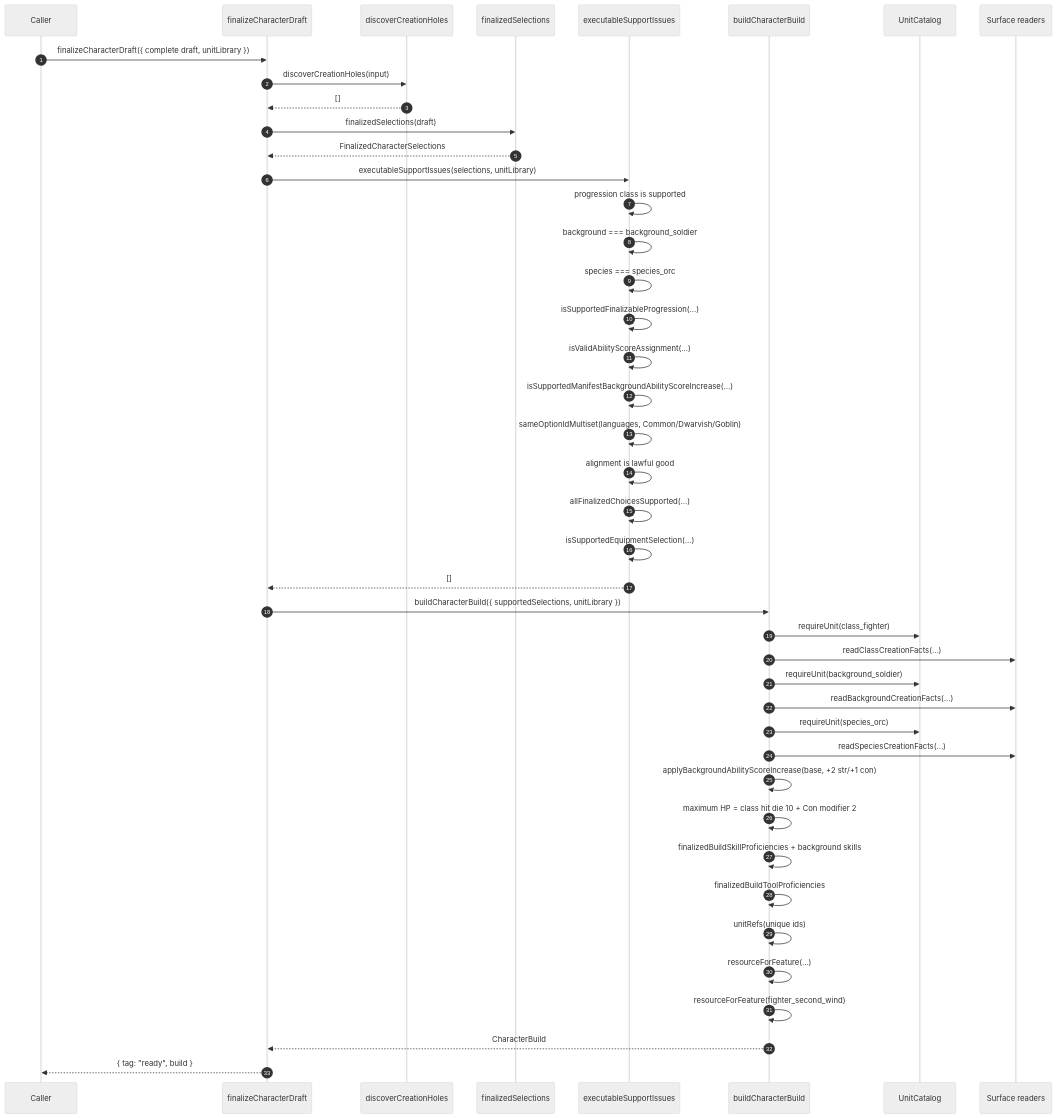
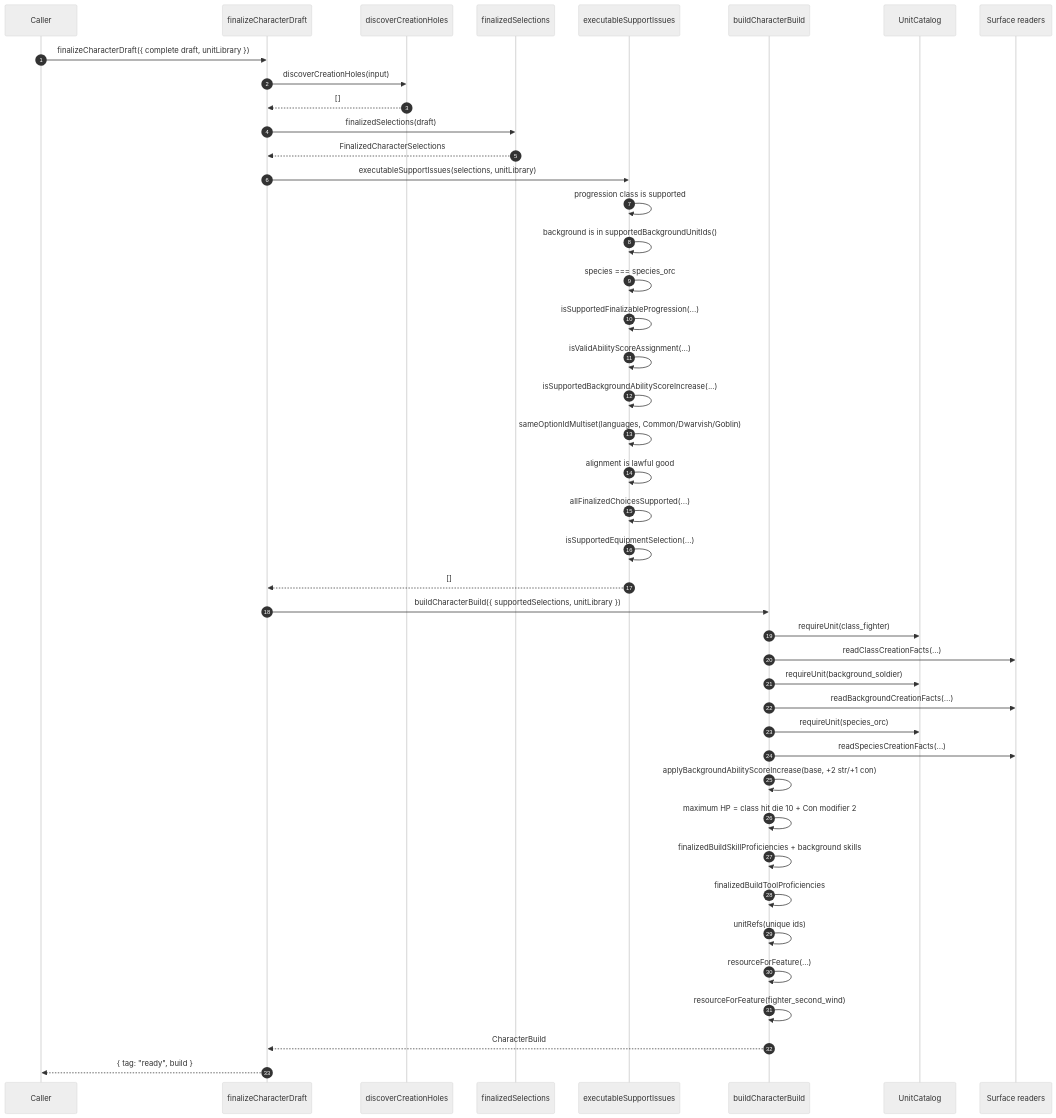
One commit to dearlordylord/5e-quint changed the ninth of 10 diagrams in packages/character-creation-runtime/EXPLANATORY_TIME_DIAGRAM.md. Above: the diagram before and after it, drawn with Mermaid (neutral theme). The commit also changed other lines of this file and 15 other files, not shown here.

````diff
--- a/packages/character-creation-runtime/EXPLANATORY_TIME_DIAGRAM.md
+++ b/packages/character-creation-runtime/EXPLANATORY_TIME_DIAGRAM.md
@@ -474,46 +474,46 @@
 ```mermaid
 sequenceDiagram
   autonumber
   participant Caller
   participant Runtime as finalizeCharacterDraft
   participant Discover as discoverCreationHoles
   participant Narrow as finalizedSelections
   participant Legal as executableSupportIssues
   participant Build as buildCharacterBuild
   participant Catalog as UnitCatalog
   participant Surface as Surface readers
 
   Caller->>Runtime: finalizeCharacterDraft({ complete draft, unitLibrary })
   Runtime->>Discover: discoverCreationHoles(input)
   Discover-->>Runtime: []
   Runtime->>Narrow: finalizedSelections(draft)
   Narrow-->>Runtime: FinalizedCharacterSelections
   Runtime->>Legal: executableSupportIssues(selections, unitLibrary)
   Legal->>Legal: progression class is supported
-  Legal->>Legal: background === background_soldier
+  Legal->>Legal: background is in supportedBackgroundUnitIds()
   Legal->>Legal: species === species_orc
   Legal->>Legal: isSupportedFinalizableProgression(...)
   Legal->>Legal: isValidAbilityScoreAssignment(...)
-  Legal->>Legal: isSupportedManifestBackgroundAbilityScoreIncrease(...)
+  Legal->>Legal: isSupportedBackgroundAbilityScoreIncrease(...)
   Legal->>Legal: sameOptionIdMultiset(languages, Common/Dwarvish/Goblin)
   Legal->>Legal: alignment is lawful good
   Legal->>Legal: allFinalizedChoicesSupported(...)
   Legal->>Legal: isSupportedEquipmentSelection(...)
   Legal-->>Runtime: []
   Runtime->>Build: buildCharacterBuild({ supportedSelections, unitLibrary })
   Build->>Catalog: requireUnit(class_fighter)
   Build->>Surface: readClassCreationFacts(...)
   Build->>Catalog: requireUnit(background_soldier)
   Build->>Surface: readBackgroundCreationFacts(...)
   Build->>Catalog: requireUnit(species_orc)
   Build->>Surface: readSpeciesCreationFacts(...)
   Build->>Build: applyBackgroundAbilityScoreIncrease(base, +2 str/+1 con)
   Build->>Build: maximum HP = class hit die 10 + Con modifier 2
   Build->>Build: finalizedBuildSkillProficiencies + background skills
   Build->>Build: finalizedBuildToolProficiencies
   Build->>Build: unitRefs(unique ids)
   Build->>Build: resourceForFeature(...)
   Build->>Build: resourceForFeature(fighter_second_wind)
   Build-->>Runtime: CharacterBuild
   Runtime-->>Caller: { tag: "ready", build }
 ```
````
